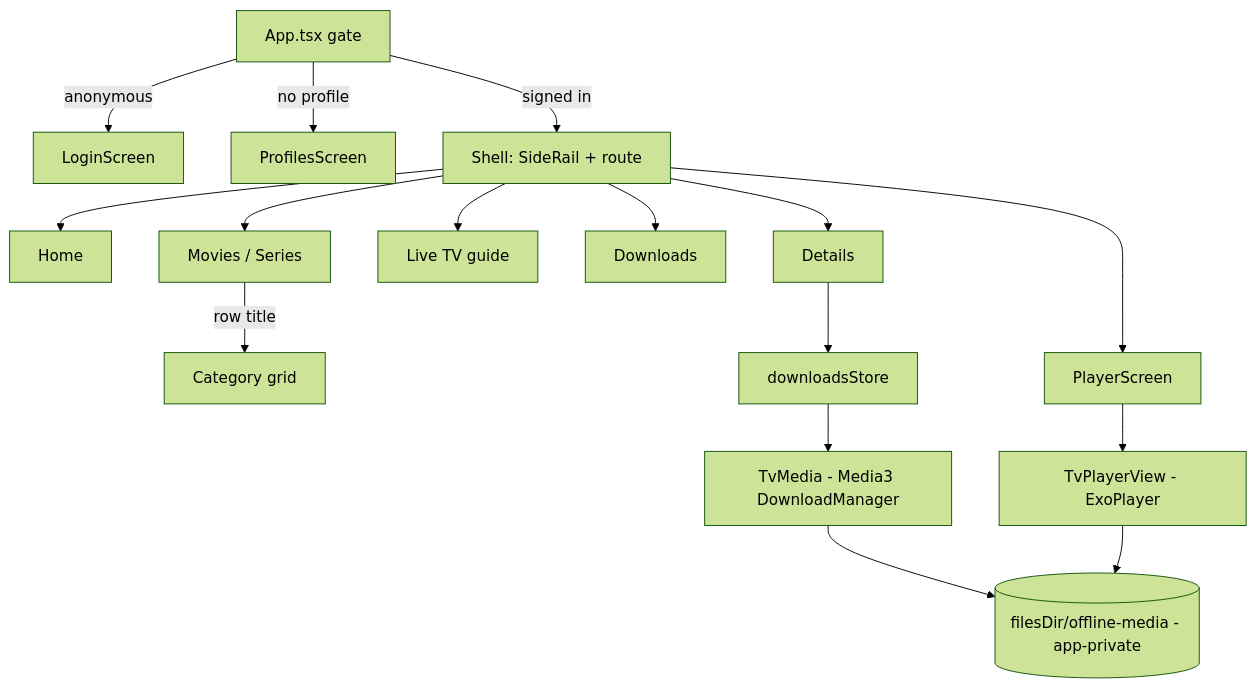
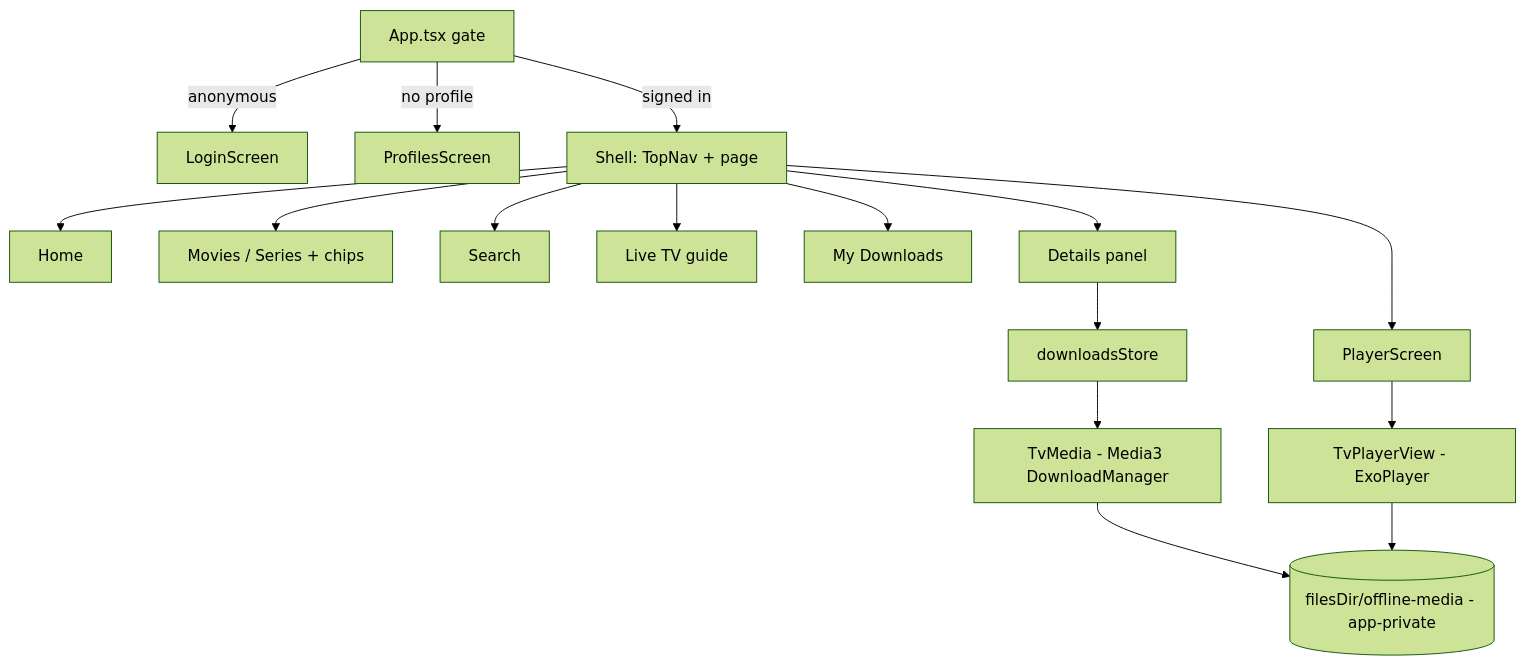
One commit to brunoccst/iptv-player changed the diagram in apps/tv-app/README.md. Above: the diagram before and after it, drawn with Mermaid (forest theme). The commit also changed other lines of this file and 52 other files, not shown here.

````diff
--- a/apps/tv-app/README.md
+++ b/apps/tv-app/README.md
@@ -7,13 +7,13 @@
 ```mermaid
 flowchart TD
   APP[App.tsx gate] -->|anonymous| LOGIN[LoginScreen]
   APP -->|no profile| PROFILES[ProfilesScreen]
-  APP -->|signed in| SHELL[Shell: SideRail + route]
-  SHELL --> HOME[Home] & BROWSE[Movies / Series] & LIVE[Live TV guide] & DL[Downloads] & DETAILS[Details]
-  BROWSE -->|row title| CATEGORY[Category grid]
+  APP -->|signed in| SHELL[Shell: TopNav + page]
+  SHELL --> HOME[Home] & BROWSE[Movies / Series + chips] & SEARCH[Search] & LIVE[Live TV guide] & DL[My Downloads]
+  SHELL --> DETAILS[Details panel]
   SHELL --> PLAYER[PlayerScreen]
   PLAYER --> VIEW[TvPlayerView - ExoPlayer]
   DETAILS --> STORE[downloadsStore] --> NATIVE[TvMedia - Media3 DownloadManager]
   NATIVE --> CACHE[(filesDir/offline-media - app-private)]
   VIEW --> CACHE
 ```
````
